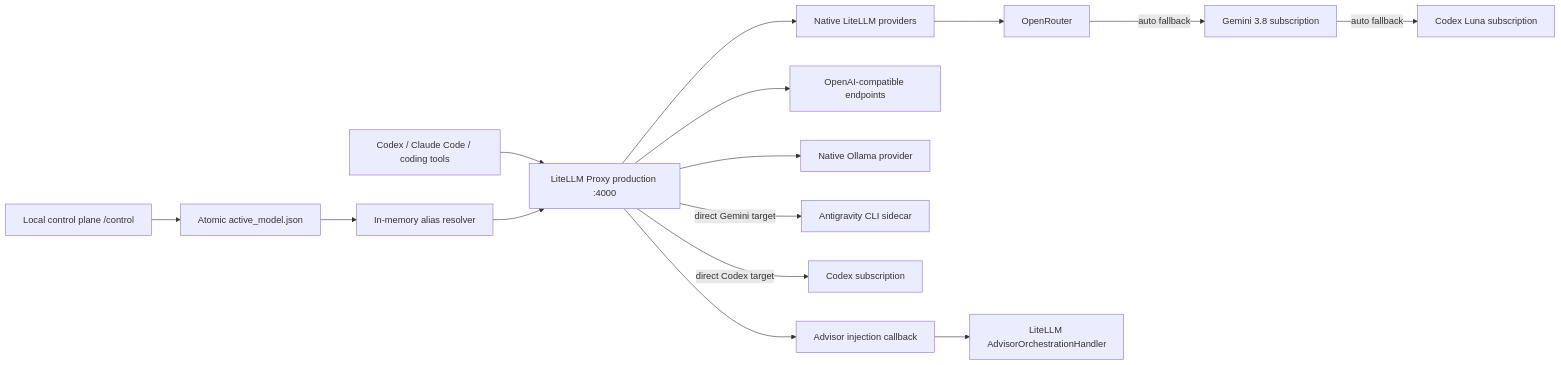
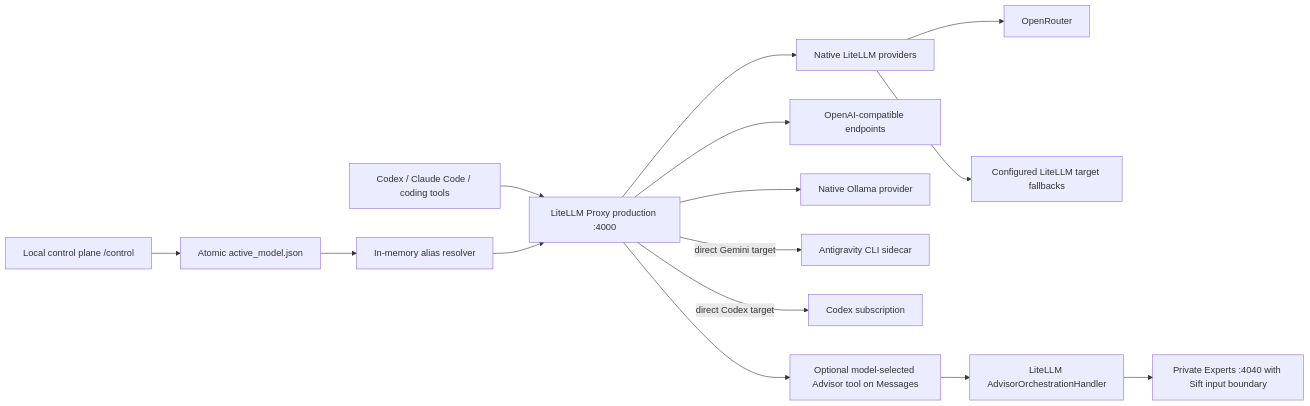
Before and after one commit to stancsz/subroute: the diagram in docs/misc/architecture.md, drawn with Mermaid. The commit also changed other lines of this file and 136 other files, not shown here.

Commit message:
Consolidate Subroute work and guide target Advisor use

````diff
--- a/docs/misc/architecture.md
+++ b/docs/misc/architecture.md
@@ -3,17 +5,17 @@
 ```mermaid
 flowchart LR
     Clients[Codex / Claude Code / coding tools] --> Proxy[LiteLLM Proxy production :4000]
     Proxy --> Native[Native LiteLLM providers]
     Native --> OpenRouter[OpenRouter]
-    OpenRouter -->|auto fallback| GeminiAuto[Gemini 3.8 subscription]
-    GeminiAuto -->|auto fallback| CodexAuto[Codex Luna subscription]
+    Native --> Fallback[Configured LiteLLM target fallbacks]
     Proxy --> Compatible[OpenAI-compatible endpoints]
     Proxy --> Ollama[Native Ollama provider]
     Proxy -->|direct Gemini target| Antigravity[Antigravity CLI sidecar]
     Proxy -->|direct Codex target| Codex[Codex subscription]
-    Proxy --> Advisor[Advisor injection callback]
+    Proxy --> Advisor[Optional model-selected Advisor tool on Messages]
     Control[Local control plane /control] --> State[Atomic active_model.json]
     State --> Router[In-memory alias resolver]
     Router --> Proxy
     Advisor --> BuiltIn[LiteLLM AdvisorOrchestrationHandler]
+    BuiltIn --> Experts[Private Experts :4040 with Sift input boundary]
 ```
````
